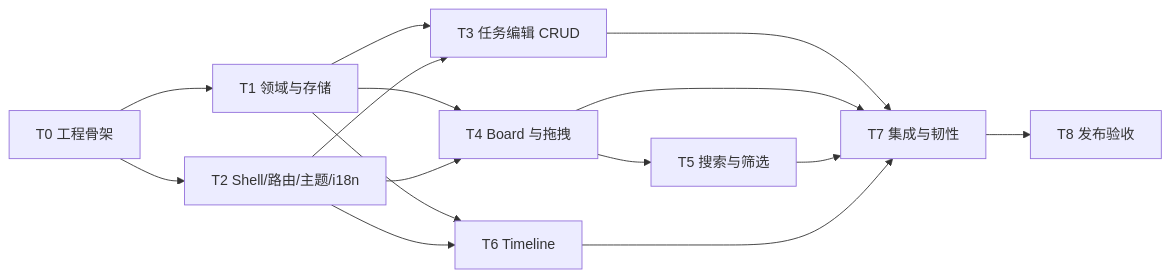
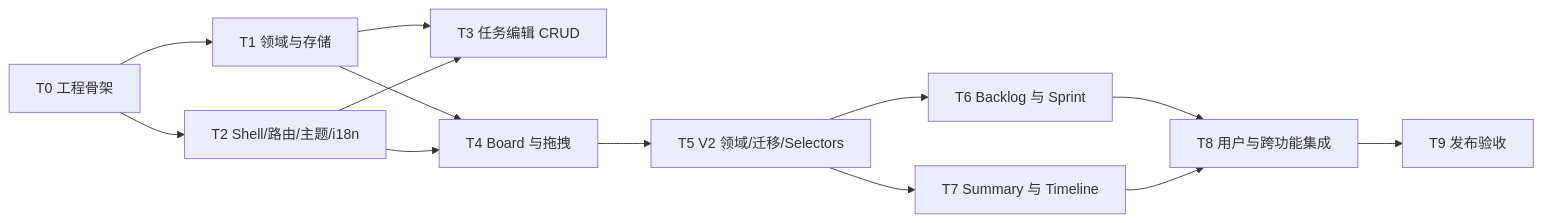
The second of 2 diagrams in TECHNICAL_DESIGN.md (CHENG-LIANG1/ForceTrack), drawn with Mermaid before and after one commit. The commit also changed other lines of this file and 78 other files, not shown here.

````diff
--- a/TECHNICAL_DESIGN.md
+++ b/TECHNICAL_DESIGN.md
@@ -473,17 +742,15 @@
 ```mermaid
 flowchart LR
     T0["T0 工程骨架"] --> T1["T1 领域与存储"]
     T0 --> T2["T2 Shell/路由/主题/i18n"]
     T1 --> T3["T3 任务编辑 CRUD"]
     T2 --> T3
     T1 --> T4["T4 Board 与拖拽"]
     T2 --> T4
-    T4 --> T5["T5 搜索与筛选"]
-    T1 --> T6["T6 Timeline"]
-    T2 --> T6
-    T3 --> T7["T7 集成与韧性"]
-    T4 --> T7
-    T5 --> T7
-    T6 --> T7
-    T7 --> T8["T8 发布验收"]
+    T4 --> T5["T5 V2 领域/迁移/Selectors"]
+    T5 --> T6["T6 Backlog 与 Sprint"]
+    T5 --> T7["T7 Summary 与 Timeline"]
+    T6 --> T8["T8 用户与跨功能集成"]
+    T7 --> T8
+    T8 --> T9["T9 发布验收"]
 ```
````
